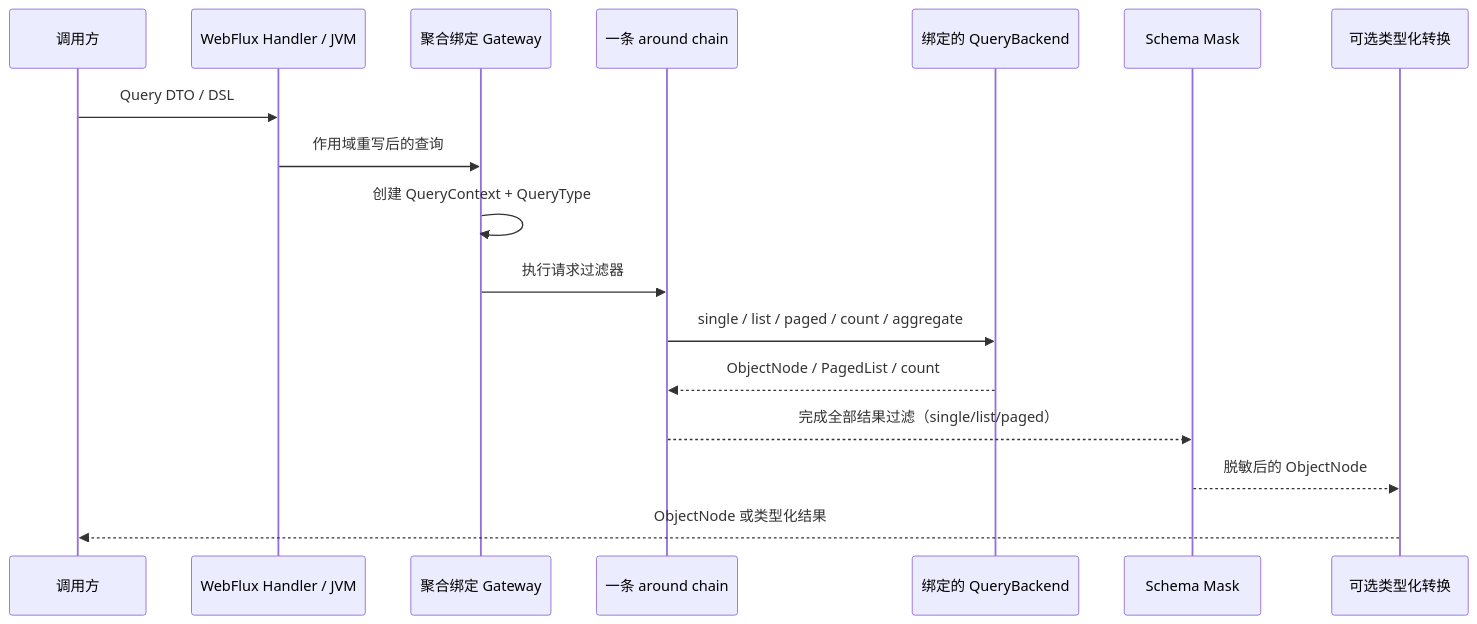
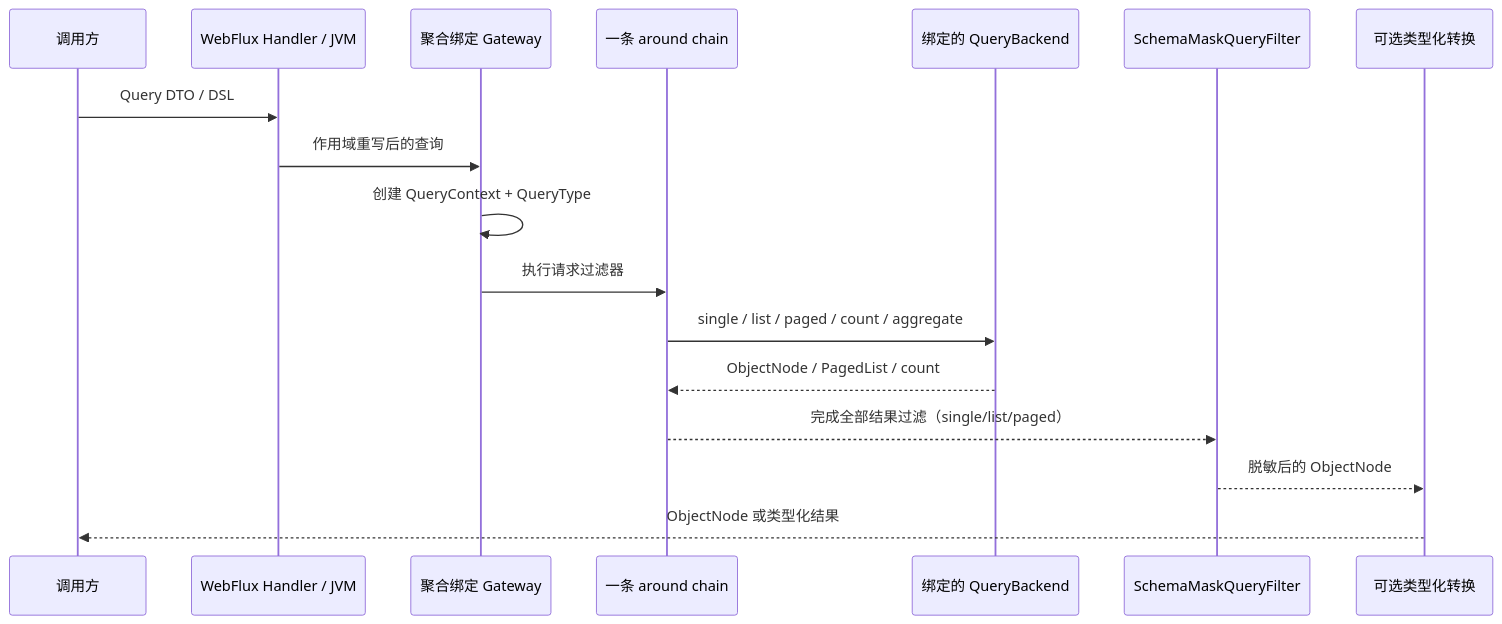
One commit to Ahoo-Wang/Wow changed the diagram in documentation/docs/zh/guide/query/query-gateway.md. Above: the diagram before and after it, drawn with Mermaid. The commit also changed other lines of this file and 14 other files, not shown here.

Commit message:
refactor(query): move masking into result filter

````diff
--- a/documentation/docs/zh/guide/query/query-gateway.md
+++ b/documentation/docs/zh/guide/query/query-gateway.md
@@ -18,19 +18,19 @@
 ```mermaid
 sequenceDiagram
     participant Caller as 调用方
     participant Entry as WebFlux Handler / JVM
     participant Gateway as 聚合绑定 Gateway
     participant Filters as 一条 around chain
     participant Backend as 绑定的 QueryBackend
-    participant Mask as Schema Mask
+    participant Mask as SchemaMaskQueryFilter
     participant Jackson as 可选类型化转换
     Caller->>Entry: Query DTO / DSL
     Entry->>Gateway: 作用域重写后的查询
     Gateway->>Gateway: 创建 QueryContext + QueryType
     Gateway->>Filters: 执行请求过滤器
     Filters->>Backend: single / list / paged / count / aggregate
     Backend-->>Filters: ObjectNode / PagedList / count
     Filters-->>Mask: 完成全部结果过滤（single/list/paged）
     Mask-->>Jackson: 脱敏后的 ObjectNode
     Jackson-->>Caller: ObjectNode 或类型化结果
 ```
````
